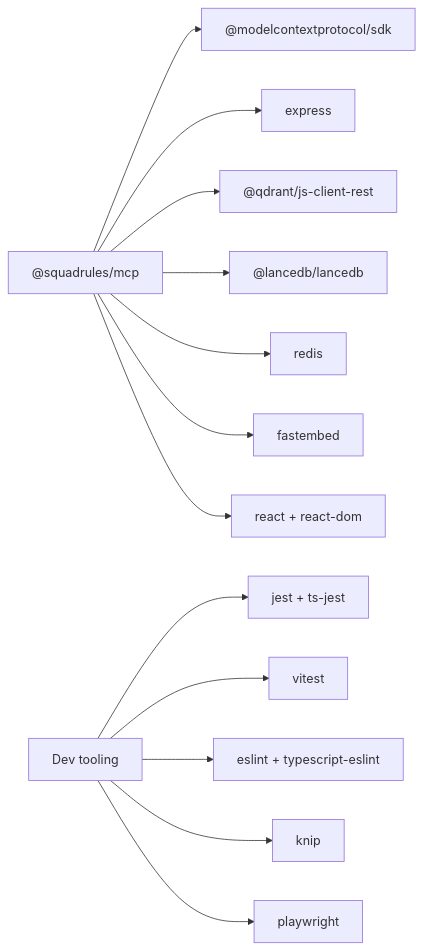
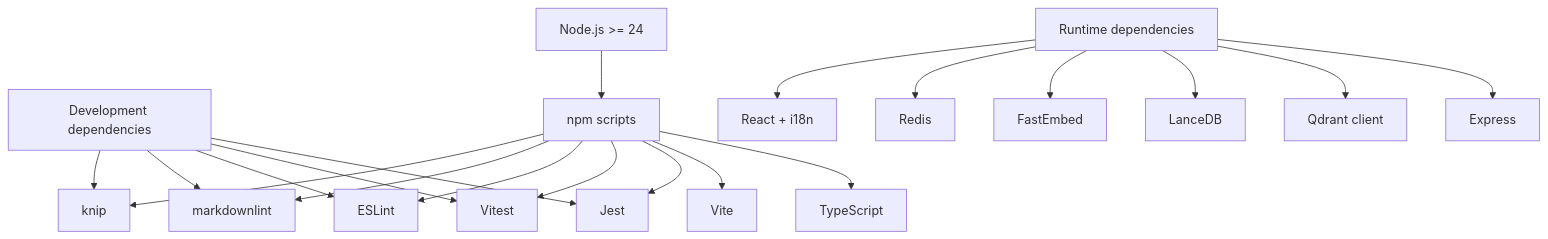
One commit to SquadRules/mcp changed the eighth of 8 diagrams in .qoder/repowiki/en/content/Development Guide.md. Above: the diagram before and after it, drawn with Mermaid. The commit also changed other lines of this file and 602 other files, not shown here.

````diff
--- a/.qoder/repowiki/en/content/Development Guide.md
+++ b/.qoder/repowiki/en/content/Development Guide.md
@@ -412,15 +325,33 @@
 ```mermaid
-graph LR
-App["@squadrules/mcp"] --> MCP["@modelcontextprotocol/sdk"]
-App --> Express["express"]
-App --> Qdrant["@qdrant/js-client-rest"]
-App --> Lance["@lancedb/lancedb"]
-App --> Redis["redis"]
-App --> FastEmbed["fastembed"]
-App --> React["react + react-dom"]
-Dev["Dev tooling"] --> Jest["jest + ts-jest"]
-Dev --> Vitest["vitest"]
-Dev --> ESLint["eslint + typescript-eslint"]
-Dev --> Knip["knip"]
-Dev --> Playwright["playwright"]
+graph TB
+Runtime["Runtime dependencies"]
+DevDeps["Development dependencies"]
+Node["Node.js >= 24"]
+NPM["npm scripts"]
+TS["TypeScript"]
+Vite["Vite"]
+Jest["Jest"]
+Vitest["Vitest"]
+ESLint["ESLint"]
+Markdown["markdownlint"]
+Knip["knip"]
+Runtime --> Express["Express"]
+Runtime --> Qdrant["Qdrant client"]
+Runtime --> LanceDB["LanceDB"]
+Runtime --> FastEmbed["FastEmbed"]
+Runtime --> Redis["Redis"]
+Runtime --> React["React + i18n"]
+DevDeps --> Jest
+DevDeps --> Vitest
+DevDeps --> ESLint
+DevDeps --> Markdown
+DevDeps --> Knip
+NPM --> TS
+NPM --> Vite
+NPM --> Jest
+NPM --> Vitest
+NPM --> ESLint
+NPM --> Markdown
+NPM --> Knip
+Node --> NPM
 ```
````
